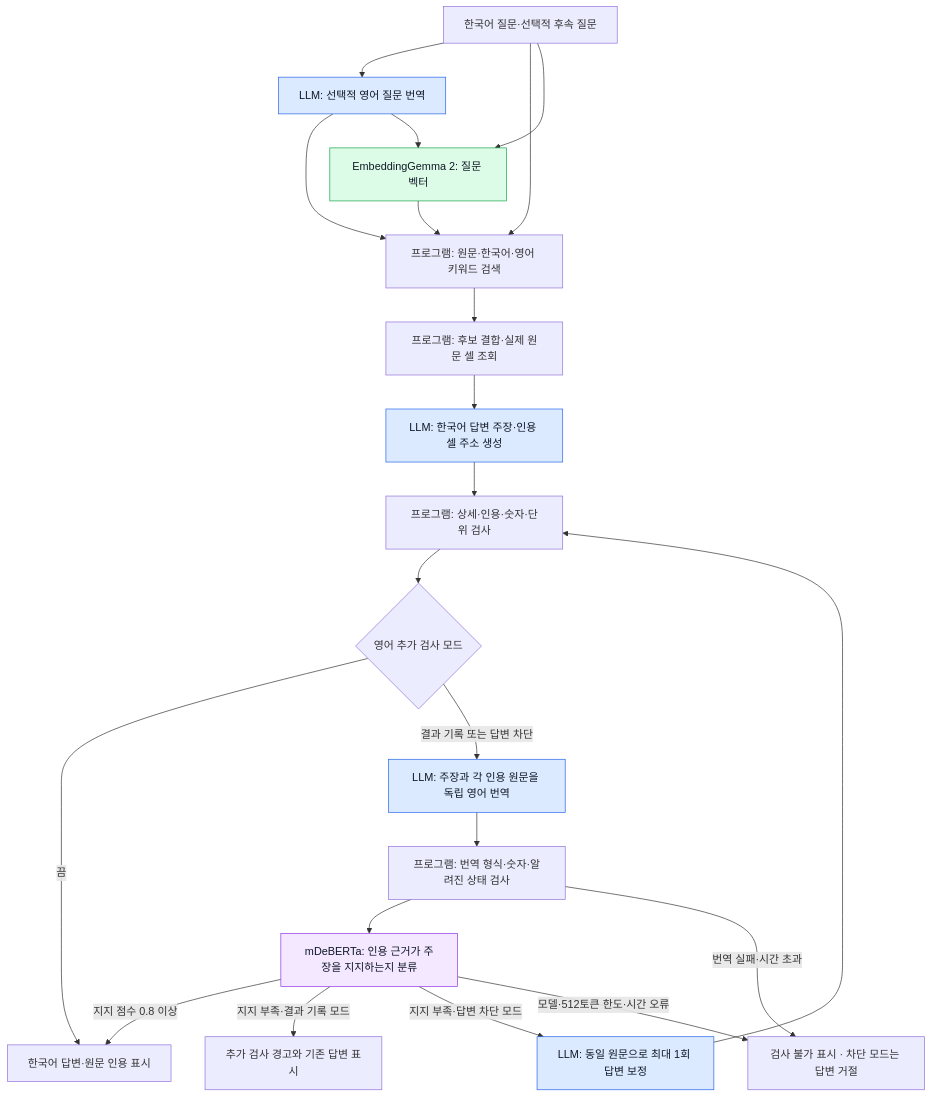
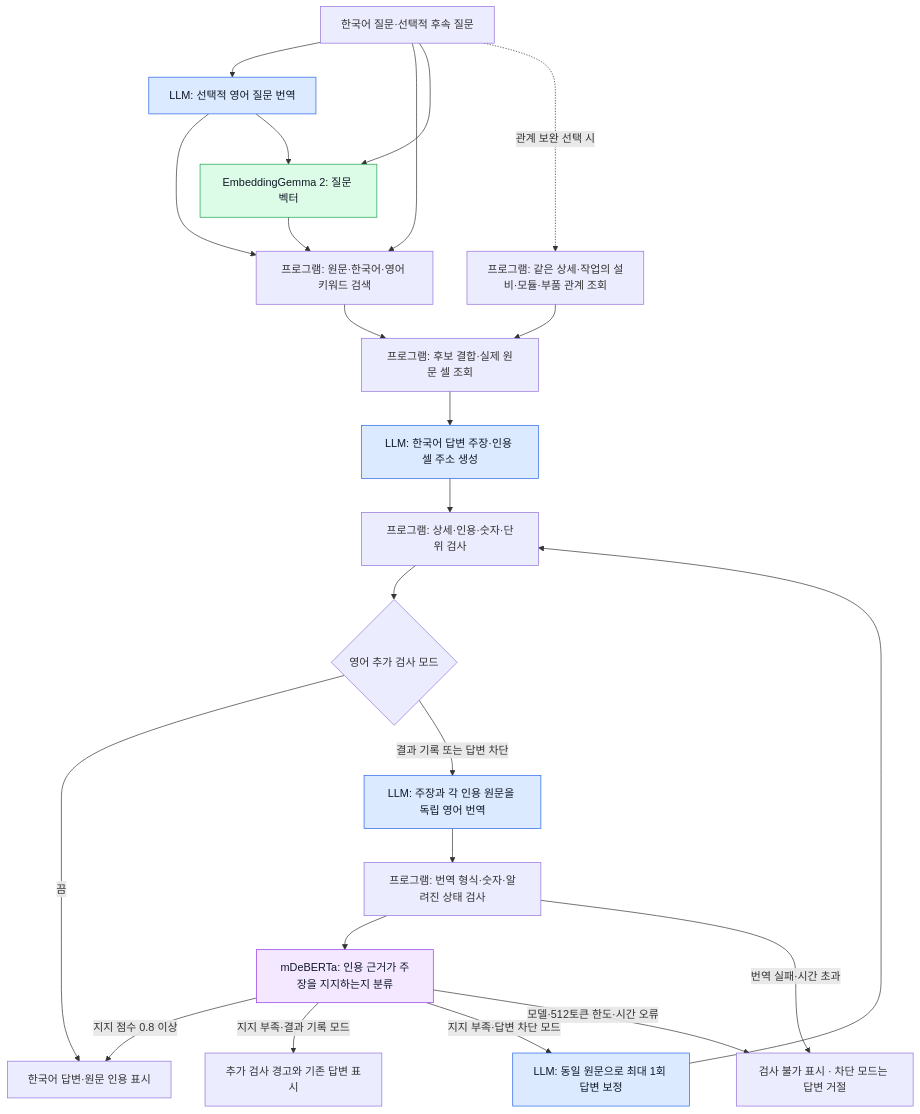
One commit to pmh10401/cs-excel-rag changed the seventh of 28 diagrams in docs/전체-프로그램-플로우.md. Above: the diagram before and after it, drawn with Mermaid. The commit also changed other lines of this file and 16 other files, not shown here.

````diff
--- a/docs/전체-프로그램-플로우.md
+++ b/docs/전체-프로그램-플로우.md
@@ -112,29 +135,31 @@
 ```mermaid
 flowchart TD
     Q[한국어 질문·선택적 후속 질문] --> QEN[LLM: 선택적 영어 질문 번역]
     Q --> SEARCH[프로그램: 원문·한국어·영어 키워드 검색]
     QEN --> SEARCH
     Q --> QE[EmbeddingGemma 2: 질문 벡터]
     QEN --> QE
     QE --> SEARCH
+    Q -. 관계 보완 선택 시 .-> REL[프로그램: 같은 상세·작업의 설비·모듈·부품 관계 조회]
+    REL --> RAW
     SEARCH --> RAW[프로그램: 후보 결합·실제 원문 셀 조회]
     RAW --> ANSWER[LLM: 한국어 답변 주장·인용 셀 주소 생성]
     ANSWER --> CHECK[프로그램: 상세·인용·숫자·단위 검사]
     CHECK --> MODE{영어 추가 검사 모드}
     MODE -->|끔| SHOW[한국어 답변·원문 인용 표시]
     MODE -->|결과 기록 또는 답변 차단| TRANS[LLM: 주장과 각 인용 원문을 독립 영어 번역]
     TRANS --> TV[프로그램: 번역 형식·숫자·알려진 상태 검사]
     TV --> NLI[mDeBERTa: 인용 근거가 주장을 지지하는지 분류]
     NLI -->|지지 점수 0.8 이상| SHOW
     NLI -->|지지 부족·결과 기록 모드| WARN[추가 검사 경고와 기존 답변 표시]
     NLI -->|지지 부족·답변 차단 모드| REPAIR[LLM: 동일 원문으로 최대 1회 답변 보정]
     REPAIR --> CHECK
     TV -->|번역 실패·시간 초과| ERROR[검사 불가 표시 · 차단 모드는 답변 거절]
     NLI -->|모델·512토큰 한도·시간 오류| ERROR
     classDef llm fill:#dbeafe,stroke:#2563eb,color:#111827
     classDef embedding fill:#dcfce7,stroke:#16a34a,color:#111827
     classDef nli fill:#f3e8ff,stroke:#9333ea,color:#111827
     class QEN,ANSWER,TRANS,REPAIR llm
     class QE embedding
     class NLI nli
 ```
````
